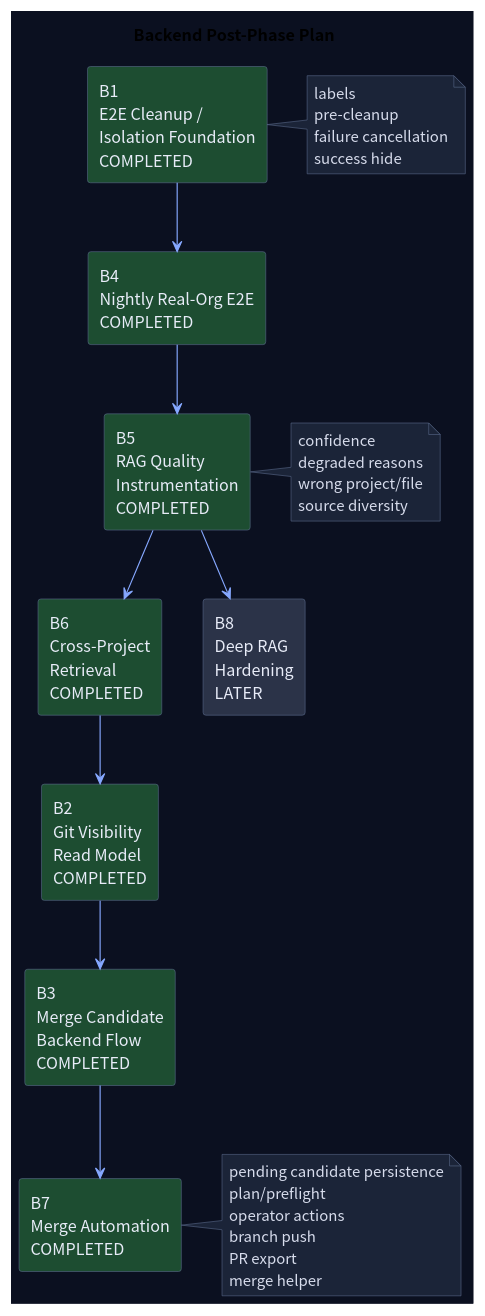
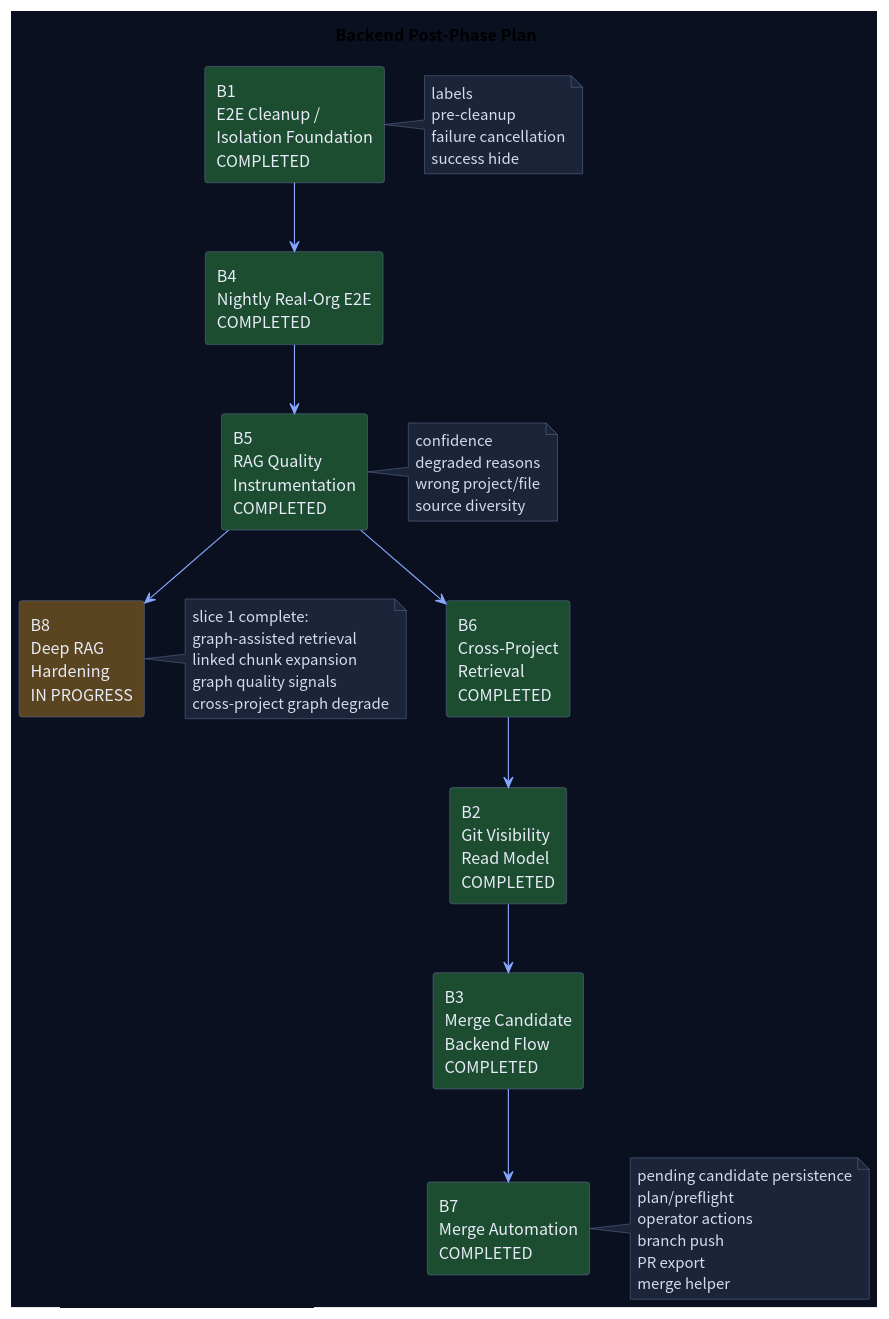
Before and after one commit to twpark-ops/squadrail: the diagram in docs/backend-post-phase-plan.puml, drawn with PlantUML. The commit also changed 6 other files, not shown here.

Commit message:
feat(rag): add graph-assisted retrieval expansion

```diff
--- a/docs/backend-post-phase-plan.puml
+++ b/docs/backend-post-phase-plan.puml
@@ -1,54 +1,62 @@
 @startuml
 title Backend Post-Phase Plan
 
 skinparam backgroundColor #0B1020
 skinparam defaultFontName "Noto Sans CJK KR"
 skinparam ArrowColor #86A8FF
 skinparam RectangleBorderColor #5B6B8C
 skinparam RectangleFontColor #E8ECF8
 skinparam RectangleBackgroundColor #131A2B
 skinparam NoteBackgroundColor #1B2438
 skinparam NoteBorderColor #5B6B8C
 skinparam NoteFontColor #D7DCEC
 
 rectangle "B1\nE2E Cleanup /\nIsolation Foundation\nCOMPLETED" as B1 #1D4D31
 rectangle "B4\nNightly Real-Org E2E\nCOMPLETED" as B4 #1D4D31
 rectangle "B5\nRAG Quality\nInstrumentation\nCOMPLETED" as B5 #1D4D31
 rectangle "B6\nCross-Project\nRetrieval\nCOMPLETED" as B6 #1D4D31
 rectangle "B2\nGit Visibility\nRead Model\nCOMPLETED" as B2 #1D4D31
 rectangle "B3\nMerge Candidate\nBackend Flow\nCOMPLETED" as B3 #1D4D31
 rectangle "B7\nMerge Automation\nCOMPLETED" as B7 #1D4D31
-rectangle "B8\nDeep RAG\nHardening\nLATER" as B8 #2B3348
+rectangle "B8\nDeep RAG\nHardening\nIN PROGRESS" as B8 #5A4520
 
 B1 --> B4
 B4 --> B5
 B5 --> B6
 B6 --> B2
 B2 --> B3
 B3 --> B7
 B5 --> B8
 
 note right of B1
 labels
 pre-cleanup
 failure cancellation
 success hide
 end note
 
 note right of B5
 confidence
 degraded reasons
 wrong project/file
 source diversity
 end note
 
 note right of B7
 pending candidate persistence
 plan/preflight
 operator actions
 branch push
 PR export
 merge helper
 end note
 
+note right of B8
+slice 1 complete:
+graph-assisted retrieval
+linked chunk expansion
+graph quality signals
+cross-project graph degrade
+end note
+
 @enduml
```
